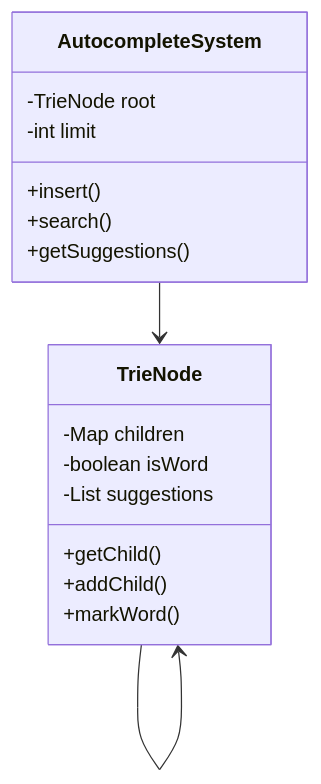
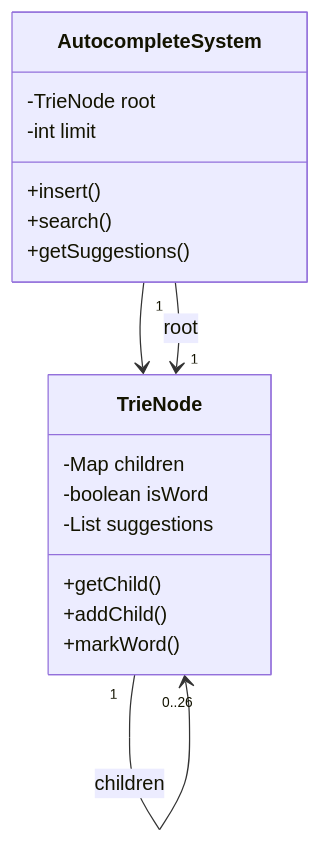
Before and after one commit to mthaiseer/springcloud-systemdesign-notes: the fourth of 19 diagrams in LLD_NOTES/lld_visual_java_reference_mermaid_full_implementation.md, drawn with Mermaid. The commit also changed other lines of this file, not shown here.

````diff
--- a/LLD_NOTES/lld_visual_java_reference_mermaid_full_implementation.md
+++ b/LLD_NOTES/lld_visual_java_reference_mermaid_full_implementation.md
@@ -762,20 +878,23 @@
 ```mermaid
 classDiagram
   class AutocompleteSystem {
     -TrieNode root
     -int limit
     +insert()
     +search()
     +getSuggestions()
   }
   class TrieNode {
     -Map children
     -boolean isWord
     -List suggestions
     +getChild()
     +addChild()
     +markWord()
   }
   AutocompleteSystem --> TrieNode
   TrieNode --> TrieNode
+  %% Cardinality relationships
+  AutocompleteSystem "1" --> "1" TrieNode : root
+  TrieNode "1" --> "0..26" TrieNode : children
 ```
````
